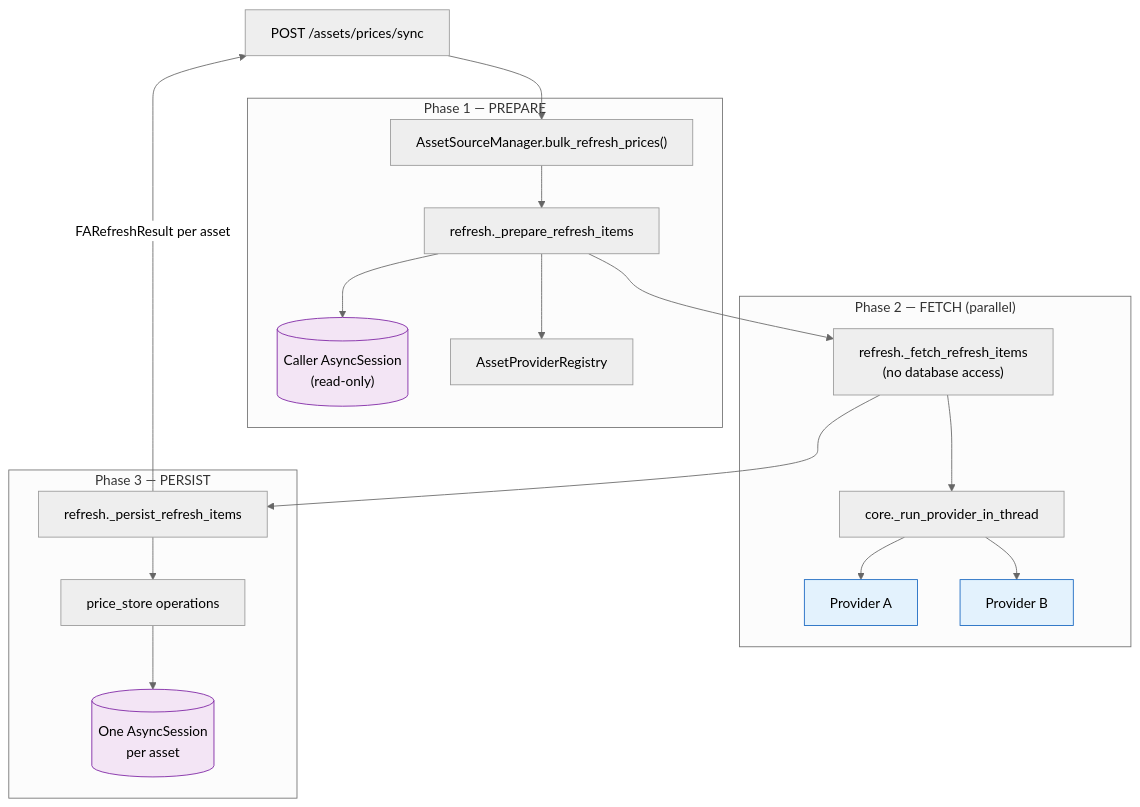
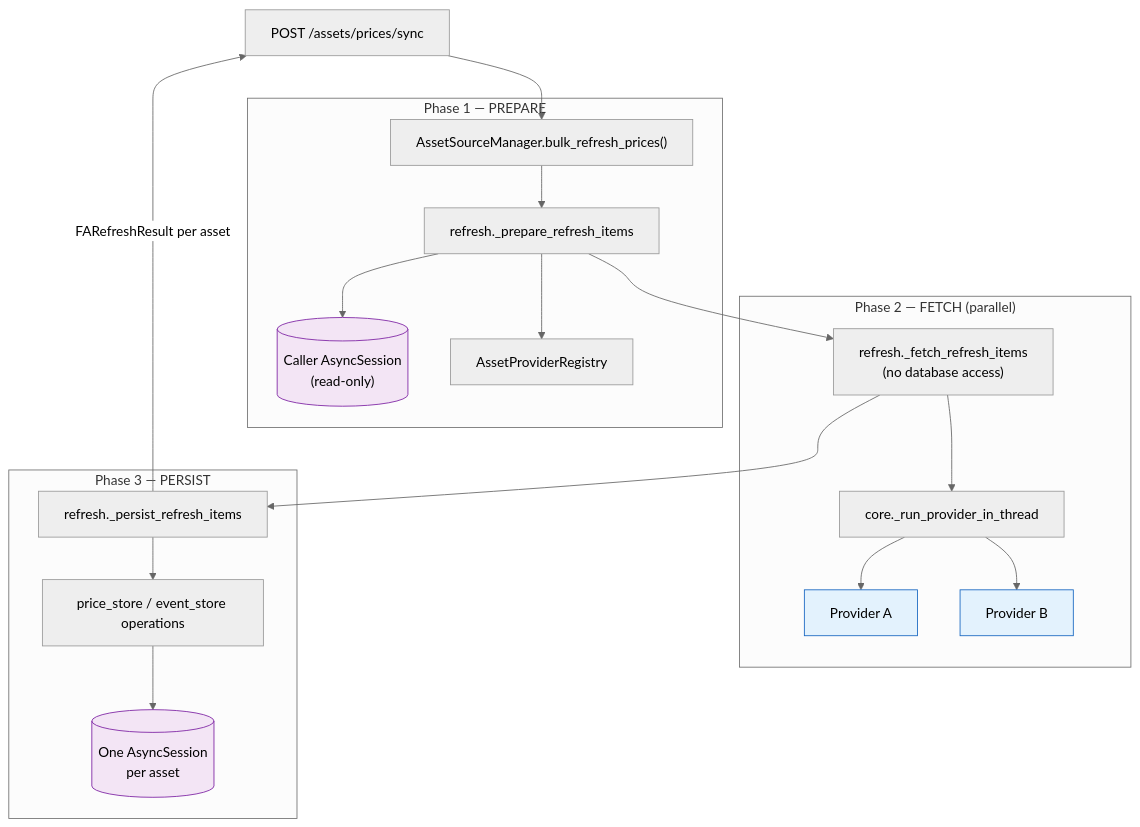
Before and after one commit to Librefolio/LibreFolio: the first of 2 diagrams in mkdocs_src/docs/developer/backend/assets/architecture.md, drawn with Mermaid (neutral theme). The commit also changed other lines of this file and 123 other files, not shown here.

First line of the commit message:
refactor(assets): cut asset services, router and event schemas

````diff
--- a/mkdocs_src/docs/developer/backend/assets/architecture.md
+++ b/mkdocs_src/docs/developer/backend/assets/architecture.md
@@ -107,30 +111,30 @@
 ```mermaid
 graph TD
     API["POST /assets/prices/sync"] --> Manager["AssetSourceManager.bulk_refresh_prices()"]
 
     subgraph "Phase 1 — PREPARE"
         Manager --> Prepare["refresh._prepare_refresh_items"]
         Prepare --> DB1[("Caller AsyncSession<br/>(read-only)")]
         Prepare --> Registry["AssetProviderRegistry"]
     end
 
     subgraph "Phase 2 — FETCH (parallel)"
         Prepare --> Fetch["refresh._fetch_refresh_items<br/>(no database access)"]
         Fetch --> Thread["core._run_provider_in_thread"]
         Thread --> P1["Provider A"]
         Thread --> P2["Provider B"]
     end
 
     subgraph "Phase 3 — PERSIST"
         Fetch --> Persist["refresh._persist_refresh_items"]
-        Persist --> Store["price_store operations"]
+        Persist --> Store["price_store / event_store operations"]
         Store --> DB2[("One AsyncSession<br/>per asset")]
     end
 
     Persist -- "FARefreshResult per asset" --> API
 
     style P1 fill:#e3f2fd,stroke:#1565c0
     style P2 fill:#e3f2fd,stroke:#1565c0
     style DB1 fill:#f3e5f5,stroke:#7b1fa2
     style DB2 fill:#f3e5f5,stroke:#7b1fa2
 ```
````
